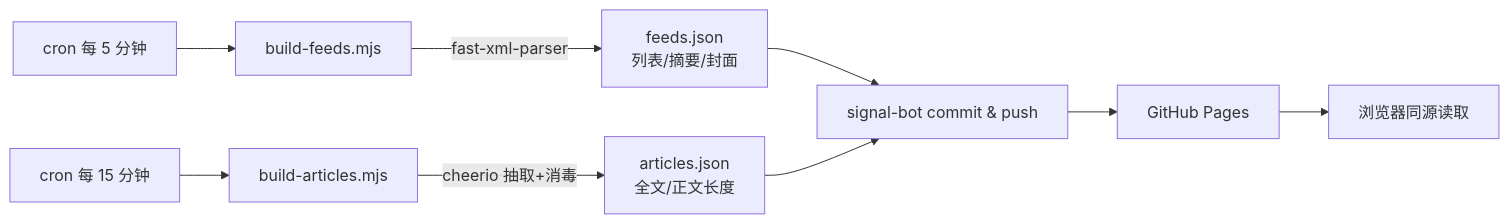
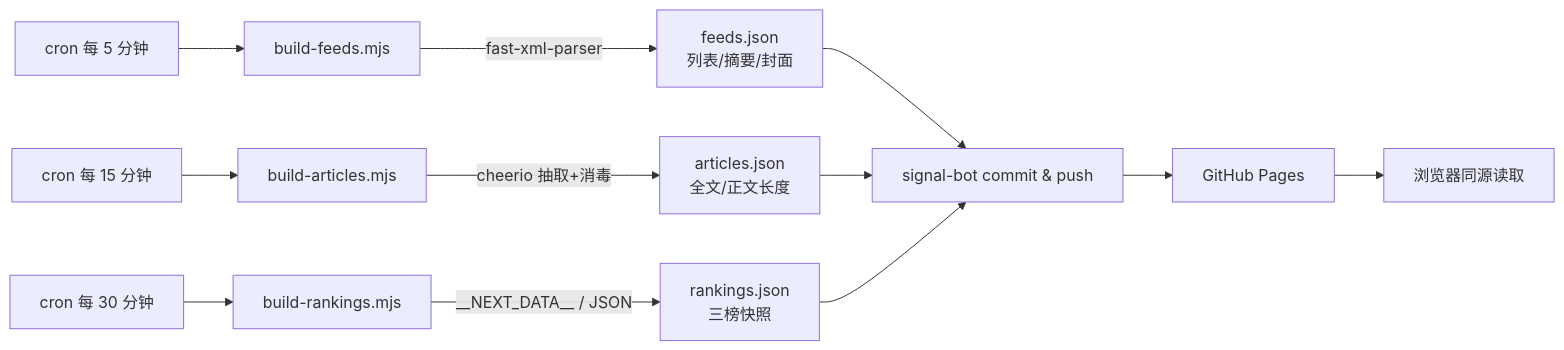
The first of 2 diagrams in README.md (JosiahBristow/ai-signal), drawn with Mermaid before and after one commit. The commit also changed other lines of this file and 10 other files, not shown here.

````diff
--- a/README.md
+++ b/README.md
@@ -143,11 +146,14 @@
 ```mermaid
 flowchart LR
     A1[cron 每 5 分钟] --> B1[build-feeds.mjs]
     B1 -->|fast-xml-parser| C[feeds.json<br/>列表/摘要/封面]
     C --> F[signal-bot commit & push]
     A2[cron 每 15 分钟] --> B2[build-articles.mjs]
     B2 -->|cheerio 抽取+消毒| E[articles.json<br/>全文/正文长度]
+    A3[cron 每 30 分钟] --> B3[build-rankings.mjs]
+    B3 -->|__NEXT_DATA__ / JSON| R[rankings.json<br/>三榜快照]
     E --> F
+    R --> F
     F --> G[GitHub Pages]
     G --> H[浏览器同源读取]
 ```
````
